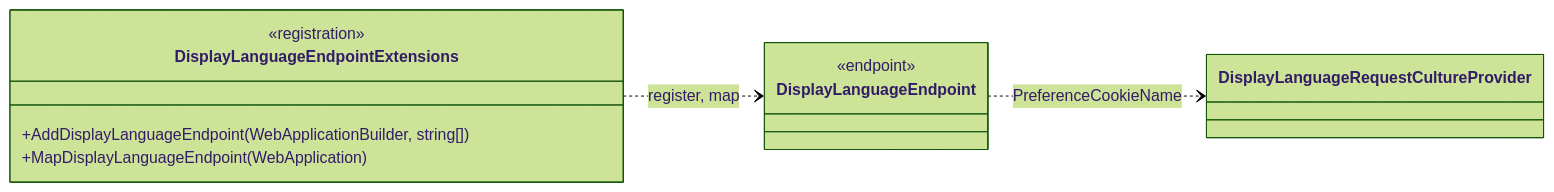
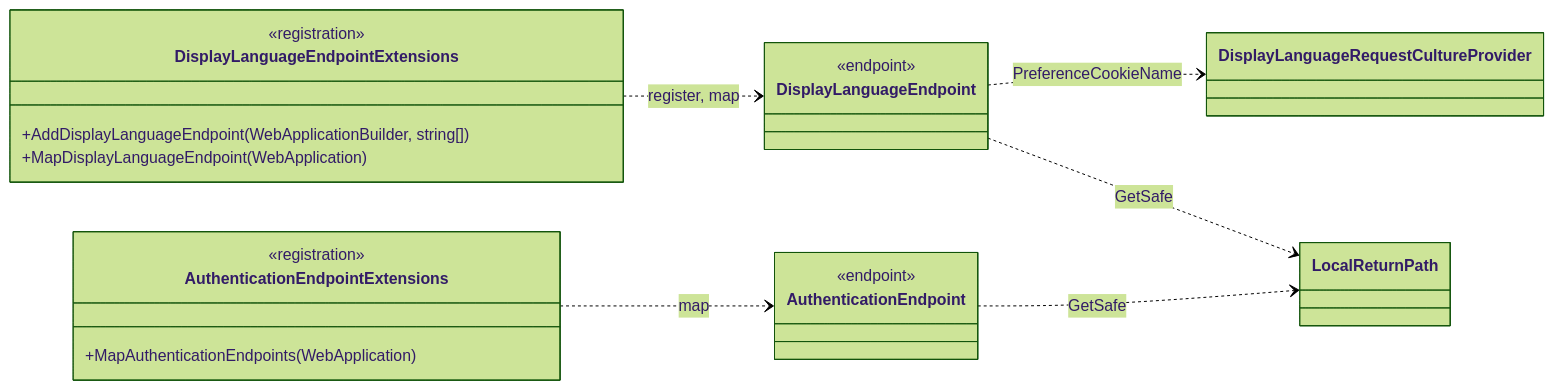
Before and after one commit to FlorianAlbert/ChronicleOfHeros: the first of 2 diagrams in docs/architecture/hosts/web.md, drawn with Mermaid (forest theme). The commit also changed other lines of this file and 23 other files, not shown here.

````diff
--- a/docs/architecture/hosts/web.md
+++ b/docs/architecture/hosts/web.md
@@ -35,15 +39,26 @@
 ```mermaid
 classDiagram
     direction LR
     class DisplayLanguageEndpointExtensions {
         <<registration>>
         +AddDisplayLanguageEndpoint(WebApplicationBuilder, string[])
         +MapDisplayLanguageEndpoint(WebApplication)
     }
     class DisplayLanguageEndpoint {
         <<endpoint>>
     }
     class DisplayLanguageRequestCultureProvider
+    class AuthenticationEndpointExtensions {
+        <<registration>>
+        +MapAuthenticationEndpoints(WebApplication)
+    }
+    class AuthenticationEndpoint {
+        <<endpoint>>
+    }
+    class LocalReturnPath
     DisplayLanguageEndpointExtensions ..> DisplayLanguageEndpoint : register, map
     DisplayLanguageEndpoint ..> DisplayLanguageRequestCultureProvider : PreferenceCookieName
+    AuthenticationEndpointExtensions ..> AuthenticationEndpoint : map
+    DisplayLanguageEndpoint ..> LocalReturnPath : GetSafe
+    AuthenticationEndpoint ..> LocalReturnPath : GetSafe
 ```
````
